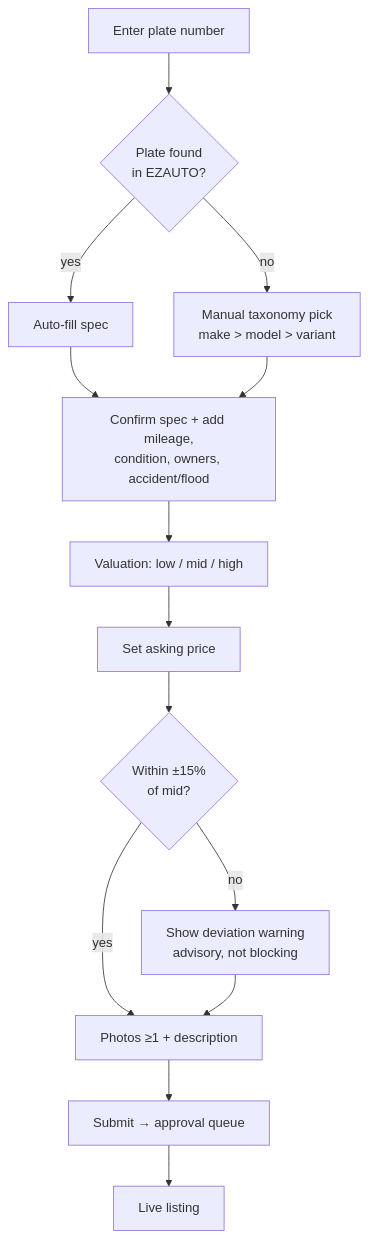
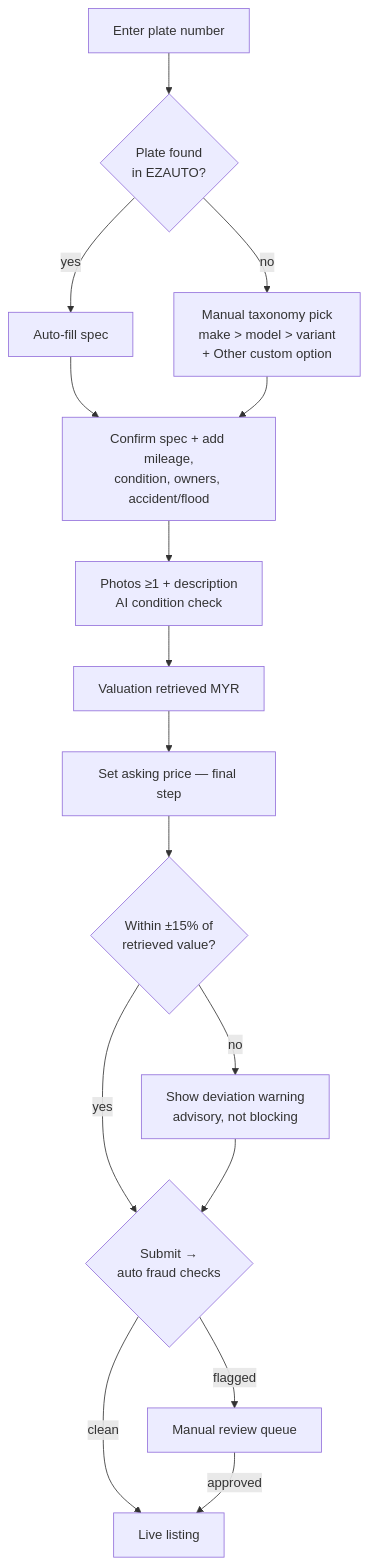
One commit to chiageng/vehicle-inventory changed the second of 7 diagrams in docs/flow.md. Above: the diagram before and after it, drawn with Mermaid. The commit also changed other lines of this file and 101 other files, not shown here.

````diff
--- a/docs/flow.md
+++ b/docs/flow.md
@@ -33,16 +35,18 @@
 ```mermaid
 flowchart TD
     A[Enter plate number] --> B{Plate found<br>in EZAUTO?}
     B -- yes --> C[Auto-fill spec]
-    B -- no --> D[Manual taxonomy pick<br>make > model > variant]
+    B -- no --> D[Manual taxonomy pick<br>make > model > variant<br>+ Other custom option]
     C --> E[Confirm spec + add mileage,<br>condition, owners, accident/flood]
     D --> E
-    E --> F[Valuation: low / mid / high]
-    F --> G[Set asking price]
-    G --> H{Within ±15%<br>of mid?}
+    E --> J[Photos ≥1 + description<br>AI condition check]
+    J --> F[Valuation retrieved MYR]
+    F --> G[Set asking price — final step]
+    G --> H{Within ±15% of<br>retrieved value?}
     H -- no --> I[Show deviation warning<br>advisory, not blocking]
-    H -- yes --> J[Photos ≥1 + description]
-    I --> J
-    J --> K[Submit → approval queue]
-    K --> L[Live listing]
+    H -- yes --> K{Submit →<br>auto fraud checks}
+    I --> K
+    K -- clean --> L[Live listing]
+    K -- flagged --> M[Manual review queue]
+    M -- approved --> L
 ```
````
